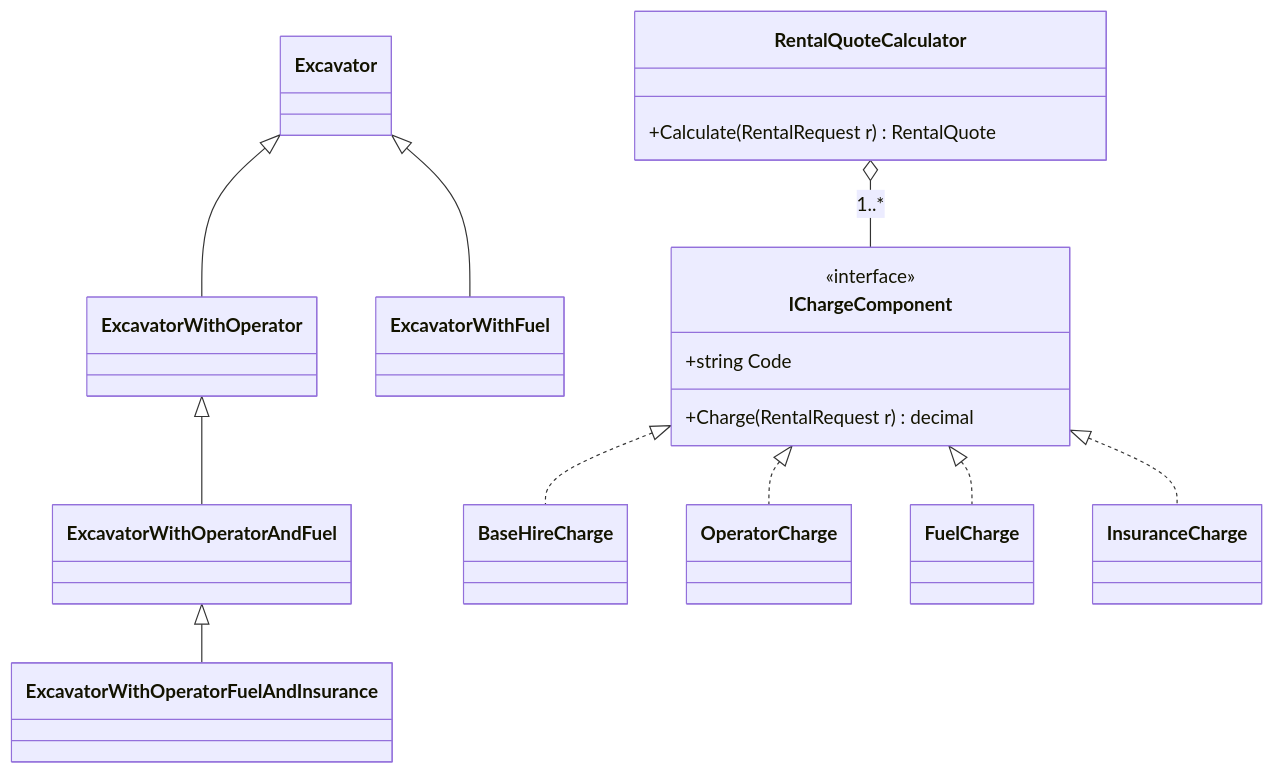
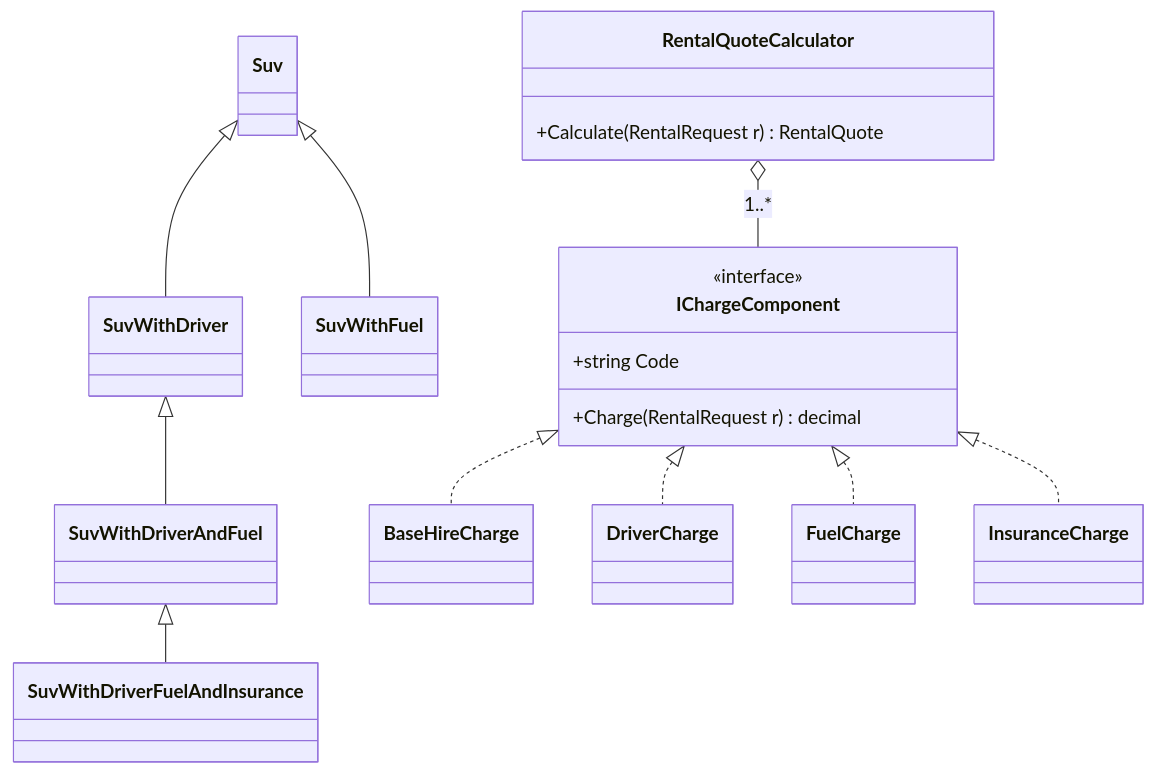
One commit to rizwi0786/system-design-lab changed the first of 4 diagrams in content/lessons/m04/m04-composition-inheritance.md. Above: the diagram before and after it, drawn with Mermaid. The commit also changed other lines of this file and 334 other files, not shown here.

````diff
--- a/content/lessons/m04/m04-composition-inheritance.md
+++ b/content/lessons/m04/m04-composition-inheritance.md
@@ -140,29 +140,29 @@
 ```mermaid
 classDiagram
-    class Excavator
-    class ExcavatorWithOperator
-    class ExcavatorWithOperatorAndFuel
-    class ExcavatorWithOperatorFuelAndInsurance
-    class ExcavatorWithFuel
-    Excavator <|-- ExcavatorWithOperator
-    ExcavatorWithOperator <|-- ExcavatorWithOperatorAndFuel
-    ExcavatorWithOperatorAndFuel <|-- ExcavatorWithOperatorFuelAndInsurance
-    Excavator <|-- ExcavatorWithFuel
+    class Suv
+    class SuvWithDriver
+    class SuvWithDriverAndFuel
+    class SuvWithDriverFuelAndInsurance
+    class SuvWithFuel
+    Suv <|-- SuvWithDriver
+    SuvWithDriver <|-- SuvWithDriverAndFuel
+    SuvWithDriverAndFuel <|-- SuvWithDriverFuelAndInsurance
+    Suv <|-- SuvWithFuel
     class RentalQuoteCalculator {
         +Calculate(RentalRequest r) RentalQuote
     }
     class IChargeComponent {
         <<interface>>
         +string Code
         +Charge(RentalRequest r) decimal
     }
     class BaseHireCharge
-    class OperatorCharge
+    class DriverCharge
     class FuelCharge
     class InsuranceCharge
     RentalQuoteCalculator o-- IChargeComponent : 1..*
     IChargeComponent <|.. BaseHireCharge
-    IChargeComponent <|.. OperatorCharge
+    IChargeComponent <|.. DriverCharge
     IChargeComponent <|.. FuelCharge
     IChargeComponent <|.. InsuranceCharge
 ```
````
